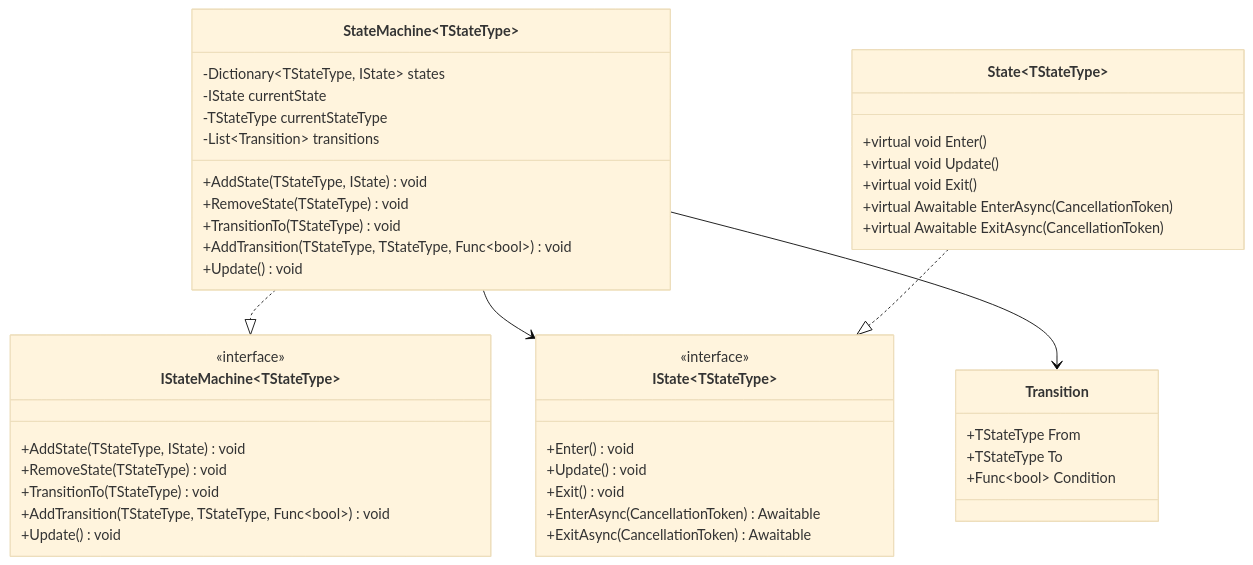
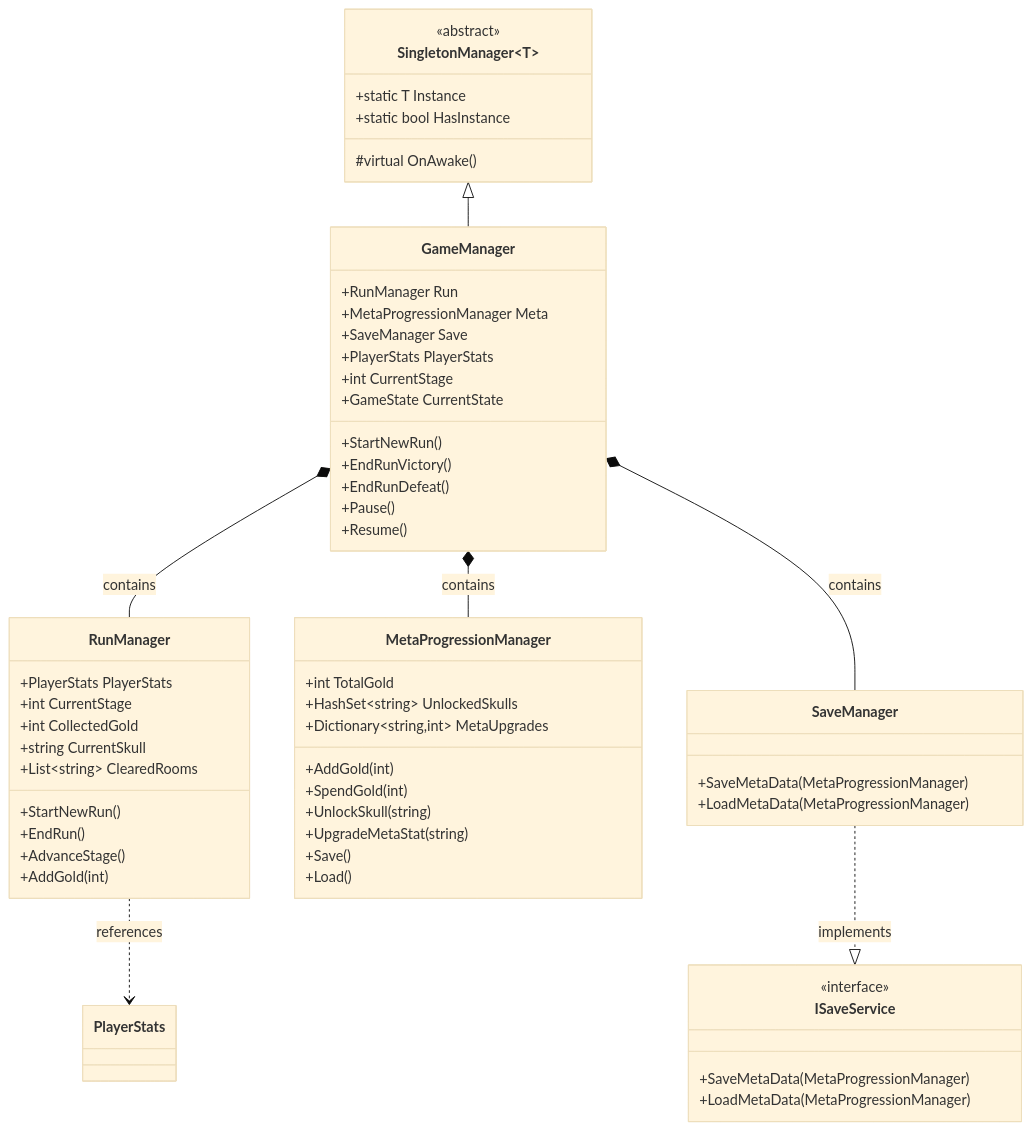
One commit to jaechang92/GAS changed the second of 6 diagrams in GASPT/docs/architecture/ARCHITECTURE_DIAGRAMS.md. Above: the diagram before and after it, drawn with Mermaid (base theme). The commit also changed other lines of this file and 127 other files, not shown here.

````diff
--- a/GASPT/docs/architecture/ARCHITECTURE_DIAGRAMS.md
+++ b/GASPT/docs/architecture/ARCHITECTURE_DIAGRAMS.md
@@ -571,52 +73,65 @@
 ```mermaid
 classDiagram
-    class IStateMachine~TStateType~ {
-        <<interface>>
-        +AddState(TStateType, IState) void
-        +RemoveState(TStateType) void
-        +TransitionTo(TStateType) void
-        +AddTransition(TStateType, TStateType, Func~bool~) void
-        +Update() void
+    class SingletonManager~T~ {
+        <<abstract>>
+        +static T Instance
+        +static bool HasInstance
+        #virtual OnAwake()
     }
 
-    class StateMachine~TStateType~ {
-        -Dictionary~TStateType, IState~ states
-        -IState currentState
-        -TStateType currentStateType
-        -List~Transition~ transitions
-        +AddState(TStateType, IState) void
-        +RemoveState(TStateType) void
-        +TransitionTo(TStateType) void
-        +AddTransition(TStateType, TStateType, Func~bool~) void
-        +Update() void
+    class GameManager {
+        +RunManager Run
+        +MetaProgressionManager Meta
+        +SaveManager Save
+        +PlayerStats PlayerStats
+        +int CurrentStage
+        +GameState CurrentState
+        +StartNewRun()
+        +EndRunVictory()
+        +EndRunDefeat()
+        +Pause()
+        +Resume()
     }
 
-    class IState~TStateType~ {
-        <<interface>>
-        +Enter() void
-        +Update() void
-        +Exit() void
-        +EnterAsync(CancellationToken) Awaitable
-        +ExitAsync(CancellationToken) Awaitable
+    class RunManager {
+        +PlayerStats PlayerStats
+        +int CurrentStage
+        +int CollectedGold
+        +string CurrentSkull
+        +List~string~ ClearedRooms
+        +StartNewRun()
+        +EndRun()
+        +AdvanceStage()
+        +AddGold(int)
     }
 
-    class State~TStateType~ {
-        +virtual void Enter()
-        +virtual void Update()
-        +virtual void Exit()
-        +virtual Awaitable EnterAsync(CancellationToken)
-        +virtual Awaitable ExitAsync(CancellationToken)
+    class MetaProgressionManager {
+        +int TotalGold
+        +HashSet~string~ UnlockedSkulls
+        +Dictionary~string,int~ MetaUpgrades
+        +AddGold(int)
+        +SpendGold(int)
+        +UnlockSkull(string)
+        +UpgradeMetaStat(string)
+        +Save()
+        +Load()
     }
 
-    class Transition {
-        +TStateType From
-        +TStateType To
-        +Func~bool~ Condition
+    class SaveManager {
+        +SaveMetaData(MetaProgressionManager)
+        +LoadMetaData(MetaProgressionManager)
     }
 
-    StateMachine~TStateType~ ..|> IStateMachine~TStateType~
-    StateMachine~TStateType~ --> IState~TStateType~
-    StateMachine~TStateType~ --> Transition
+    class ISaveService {
+        <<interface>>
+        +SaveMetaData(MetaProgressionManager)
+        +LoadMetaData(MetaProgressionManager)
+    }
 
-    State~TStateType~ ..|> IState~TStateType~
+    SingletonManager~T~ <|-- GameManager
+    GameManager *-- RunManager : contains
+    GameManager *-- MetaProgressionManager : contains
+    GameManager *-- SaveManager : contains
+    SaveManager ..|> ISaveService : implements
+    RunManager ..> PlayerStats : references
 ```
````
